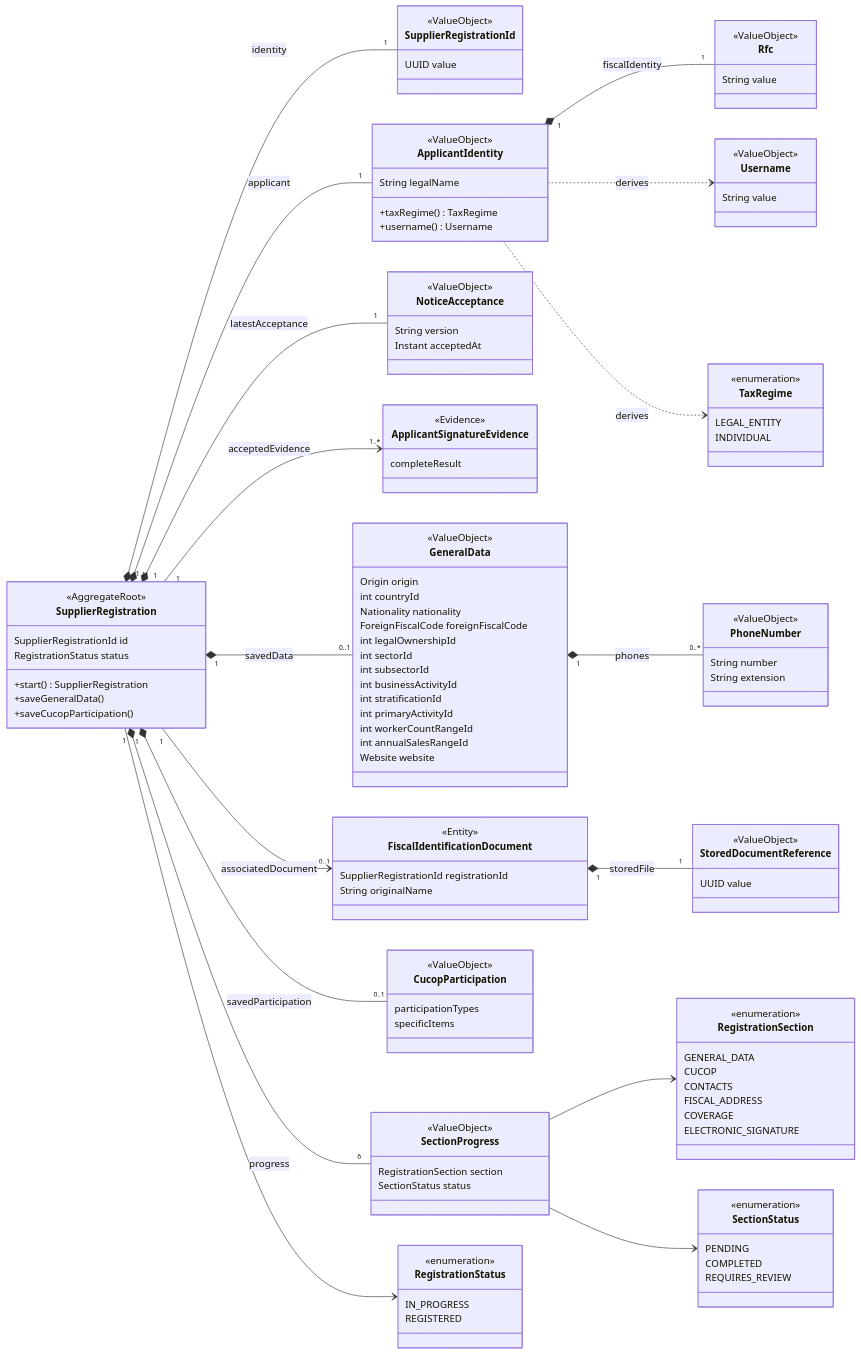
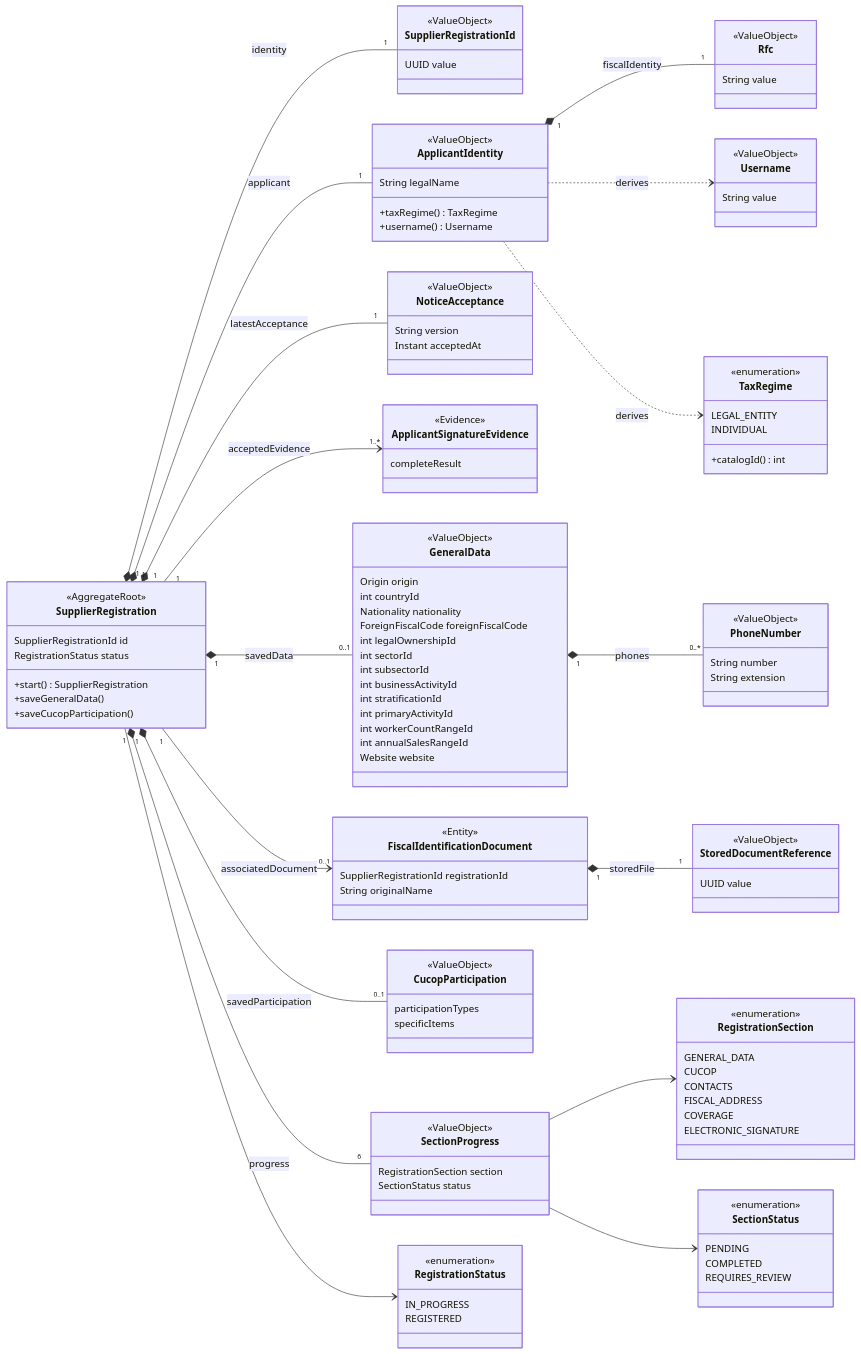
One commit to fredkor/ai-ssd-registro-proveedores changed the first of 2 diagrams in specs/architecture/domain-model.md. Above: the diagram before and after it, drawn with Mermaid. The commit also changed other lines of this file and 5 other files, not shown here.

```diff
--- a/specs/architecture/domain-model.md
+++ b/specs/architecture/domain-model.md
@@ -65,6 +65,7 @@
         <<enumeration>>
         LEGAL_ENTITY
         INDIVIDUAL
+        +catalogId() int
     }
     class NoticeAcceptance {
         <<ValueObject>>
```
